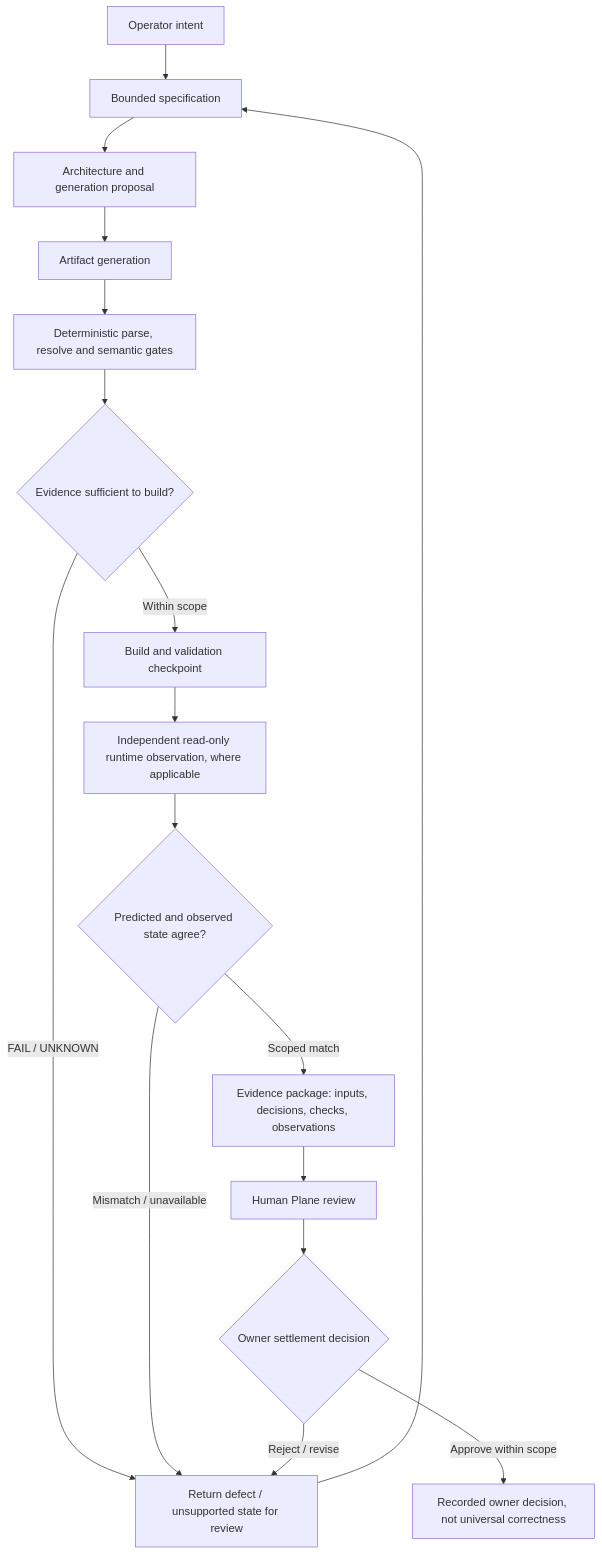
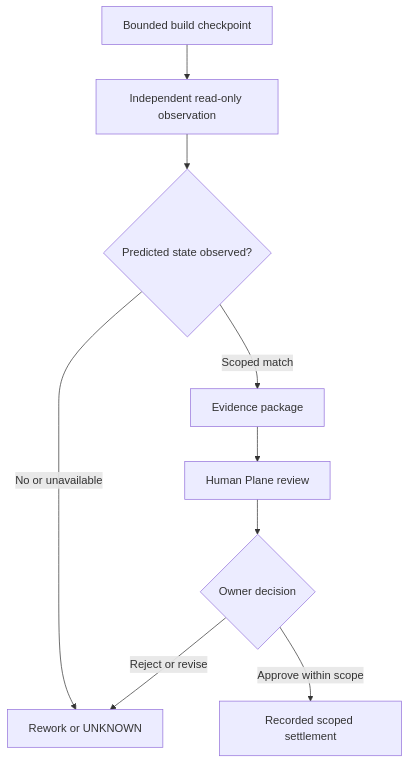
One commit to Ozzurac/ncma-engineering changed the second of 2 diagrams in architecture/modforge-human-plane.md. Above: the diagram before and after it, drawn with Mermaid. The commit also changed other lines of this file and 5 other files, not shown here.

First line of the commit message:
docs: make NCMA Mermaid architecture flows readable

````diff
--- a/architecture/modforge-human-plane.md
+++ b/architecture/modforge-human-plane.md
@@ -13,19 +33,11 @@
 ```mermaid
-flowchart TD
-    INTENT["Operator intent"] --> SPEC["Bounded specification"]
-    SPEC --> PLAN["Architecture and generation proposal"]
-    PLAN --> GEN["Artifact generation"]
-    GEN --> GATE["Deterministic parse, resolve and semantic gates"]
-    GATE --> CHECK{"Evidence sufficient to build?"}
-    CHECK -->|"FAIL / UNKNOWN"| REPAIR["Return defect / unsupported state for review"]
-    REPAIR --> SPEC
-    CHECK -->|"Within scope"| BUILD["Build and validation checkpoint"]
-    BUILD --> PROBE["Independent read-only runtime observation, where applicable"]
-    PROBE --> RESULT{"Predicted and observed state agree?"}
-    RESULT -->|"Mismatch / unavailable"| REPAIR
-    RESULT -->|"Scoped match"| EVIDENCE["Evidence package: inputs, decisions, checks, observations"]
-    EVIDENCE --> HP["Human Plane review"]
-    HP --> OWNER{"Owner settlement decision"}
-    OWNER -->|"Reject / revise"| REPAIR
-    OWNER -->|"Approve within scope"| ACCEPT["Recorded owner decision, not universal correctness"]
+flowchart TB
+    BUILD["Bounded build checkpoint"] --> PROBE["Independent read-only observation"]
+    PROBE --> MATCH{"Predicted state observed?"}
+    MATCH -->|"No or unavailable"| REWORK["Rework or UNKNOWN"]
+    MATCH -->|"Scoped match"| PACKAGE["Evidence package"]
+    PACKAGE --> HP["Human Plane review"]
+    HP --> OWNER{"Owner decision"}
+    OWNER -->|"Reject or revise"| REWORK
+    OWNER -->|"Approve within scope"| ACCEPT["Recorded scoped settlement"]
 ```
````
